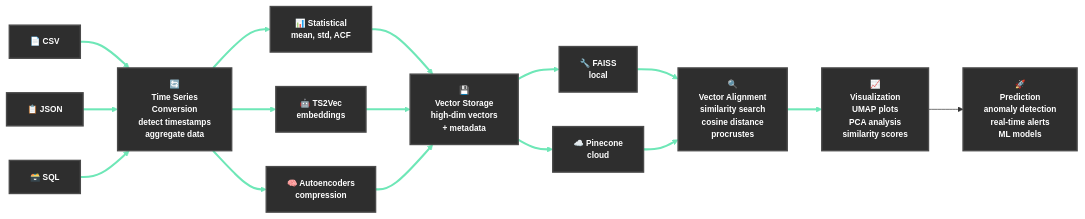
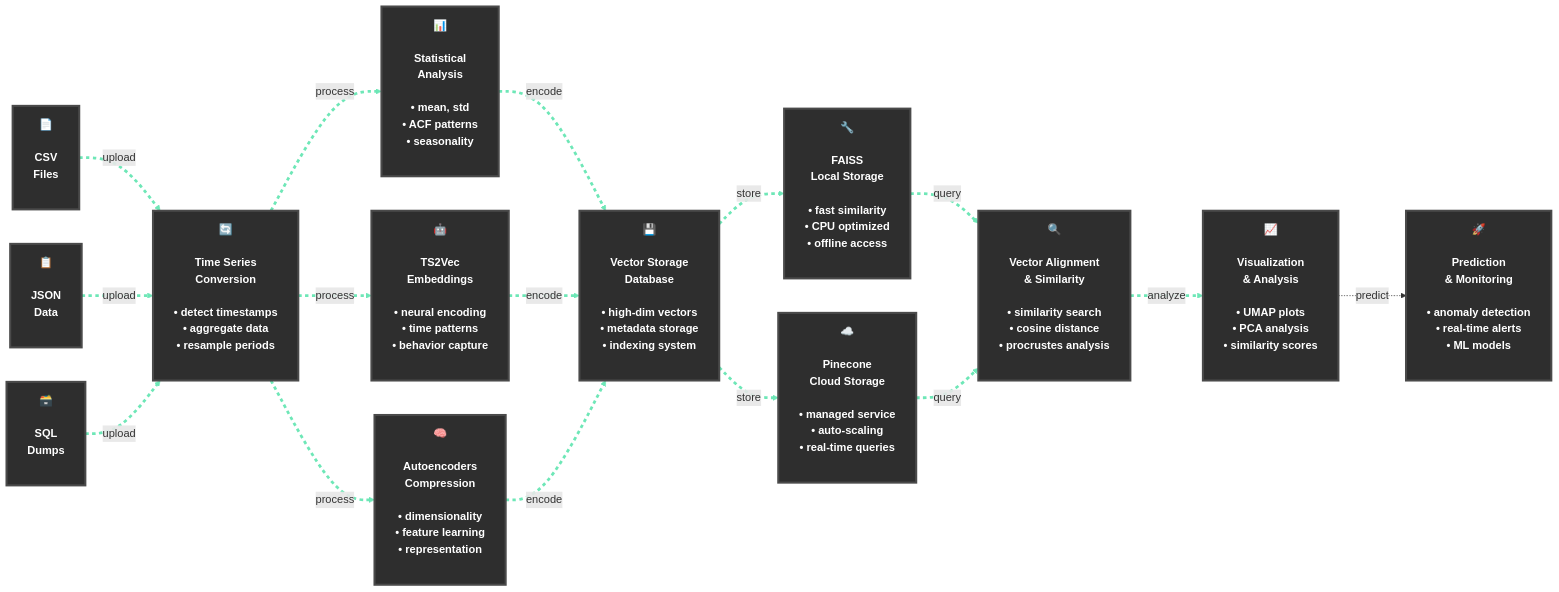
Before and after one commit to mshaik15/TsDev: the diagram in workflow.md, drawn with Mermaid.

Commit message:
Updated Workflow

````diff
--- a/workflow.md
+++ b/workflow.md
@@ -1,59 +1,59 @@
 ```mermaid
 flowchart LR
     %% Raw Dataset boxes (stacked vertically)
-    A1[📄 CSV]
-    A2[📋 JSON] 
-    A3[🗃️ SQL]
+    A1["📄<br/><br/>CSV<br/>Files<br/><br/>"]
+    A2["📋<br/><br/>JSON<br/>Data<br/><br/>"] 
+    A3["🗃️<br/><br/>SQL<br/>Dumps<br/><br/>"]
     
     %% Time Series Conversion
-    B[🔄<br/>Time Series<br/>Conversion<br/>detect timestamps<br/>aggregate data]
+    B["🔄<br/><br/>Time Series<br/>Conversion<br/><br/>• detect timestamps<br/>• aggregate data<br/>• resample periods<br/><br/>"]
     
     %% Feature Engineering boxes (stacked vertically)
-    C1[📊 Statistical<br/>mean, std, ACF]
-    C2[🤖 TS2Vec<br/>embeddings]
-    C3[🧠 Autoencoders<br/>compression]
+    C1["📊<br/><br/>Statistical<br/>Analysis<br/><br/>• mean, std<br/>• ACF patterns<br/>• seasonality<br/><br/>"]
+    C2["🤖<br/><br/>TS2Vec<br/>Embeddings<br/><br/>• neural encoding<br/>• time patterns<br/>• behavior capture<br/><br/>"]
+    C3["🧠<br/><br/>Autoencoders<br/>Compression<br/><br/>• dimensionality<br/>• feature learning<br/>• representation<br/><br/>"]
     
     %% Vector Storage
-    D[💾<br/>Vector Storage<br/>high-dim vectors<br/>+ metadata]
+    D["💾<br/><br/>Vector Storage<br/>Database<br/><br/>• high-dim vectors<br/>• metadata storage<br/>• indexing system<br/><br/>"]
     
     %% Storage options (under Vector Storage)
-    D1[🔧 FAISS<br/>local]
-    D2[☁️ Pinecone<br/>cloud]
+    D1["🔧<br/><br/>FAISS<br/>Local Storage<br/><br/>• fast similarity<br/>• CPU optimized<br/>• offline access<br/><br/>"]
+    D2["☁️<br/><br/>Pinecone<br/>Cloud Storage<br/><br/>• managed service<br/>• auto-scaling<br/>• real-time queries<br/><br/>"]
     
     %% Vector Alignment
-    E[🔍<br/>Vector Alignment<br/>similarity search<br/>cosine distance<br/>procrustes]
+    E["🔍<br/><br/>Vector Alignment<br/>& Similarity<br/><br/>• similarity search<br/>• cosine distance<br/>• procrustes analysis<br/><br/>"]
     
     %% Visualization
-    F[📈<br/>Visualization<br/>UMAP plots<br/>PCA analysis<br/>similarity scores]
+    F["📈<br/><br/>Visualization<br/>& Analysis<br/><br/>• UMAP plots<br/>• PCA analysis<br/>• similarity scores<br/><br/>"]
     
     %% Prediction
-    G[🚀<br/>Prediction<br/>anomaly detection<br/>real-time alerts<br/>ML models]
+    G["🚀<br/><br/>Prediction<br/>& Monitoring<br/><br/>• anomaly detection<br/>• real-time alerts<br/>• ML models<br/><br/>"]
     
-    %% Connections
-    A1 --> B
-    A2 --> B
-    A3 --> B
+    %% Connections with more spacing
+    A1 -.->|upload| B
+    A2 -.->|upload| B
+    A3 -.->|upload| B
     
-    B --> C1
-    B --> C2
-    B --> C3
+    B -.->|process| C1
+    B -.->|process| C2
+    B -.->|process| C3
     
-    C1 --> D
-    C2 --> D
-    C3 --> D
+    C1 -.->|encode| D
+    C2 -.->|encode| D
+    C3 -.->|encode| D
     
-    D --> D1
-    D --> D2
+    D -.->|store| D1
+    D -.->|store| D2
     
-    D1 --> E
-    D2 --> E
-    E --> F
-    F --> G
+    D1 -.->|query| E
+    D2 -.->|query| E
+    E -.->|analyze| F
+    F -.->|predict| G
     
-    %% N8N Dark Theme Styling
-    classDef default fill:#2e2e2e,stroke:#4a4a4a,stroke-width:2px,color:#ffffff,font-weight:bold,font-size:12px
-    classDef connector stroke:#6ee7b7,stroke-width:3px
+    %% Larger, more readable styling
+    classDef default fill:#2e2e2e,stroke:#4a4a4a,stroke-width:3px,color:#ffffff,font-weight:bold,font-size:16px,min-width:180px,min-height:120px
+    classDef connector stroke:#6ee7b7,stroke-width:4px
     
-    %% Style all links
-    linkStyle 0,1,2,3,4,5,6,7,8,9,10,11,12,13 stroke:#6ee7b7,stroke-width:3px
+    %% Style all links with labels
+    linkStyle 0,1,2,3,4,5,6,7,8,9,10,11,12,13 stroke:#6ee7b7,stroke-width:4px,stroke-dasharray: 5 5
 ```
````
